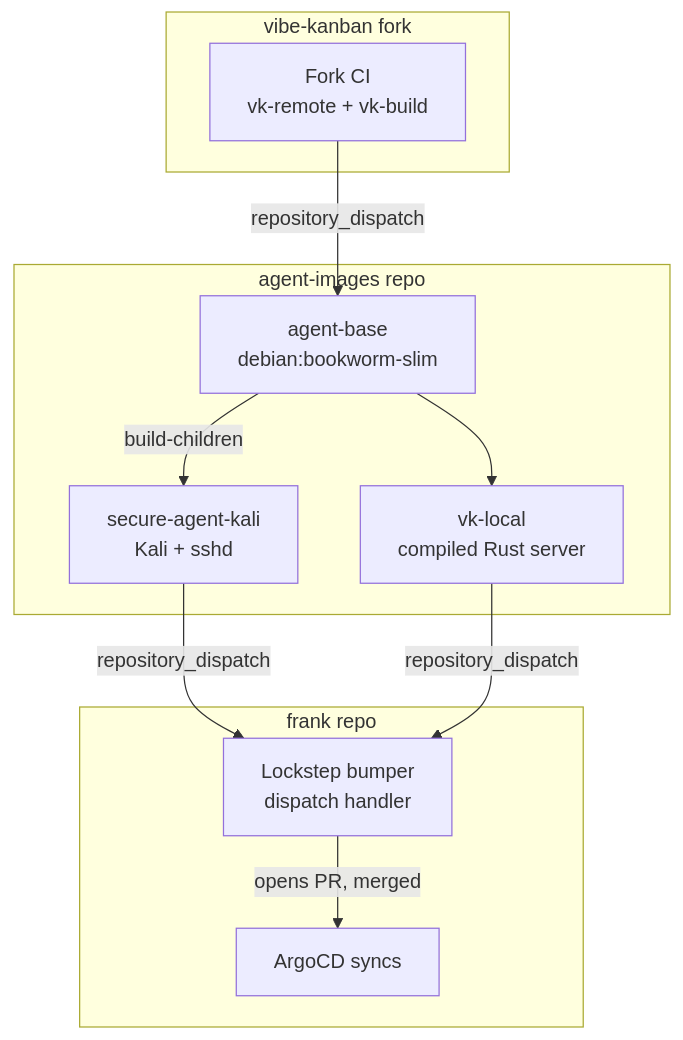
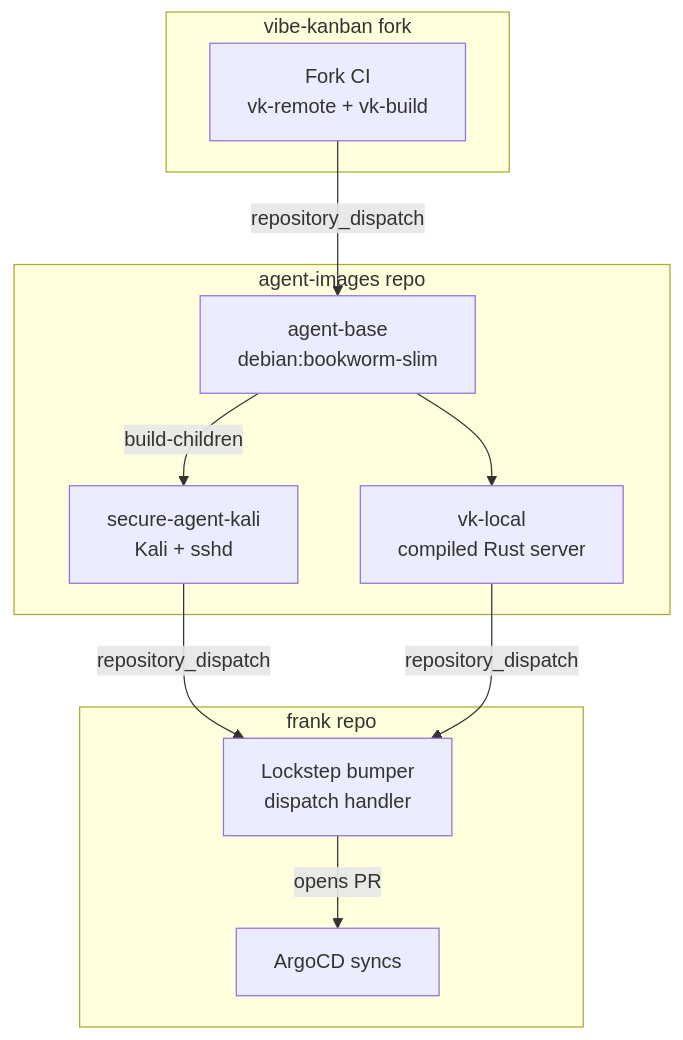
Before and after one commit to derio-net/frank: the diagram in blog/content/docs/building/28-agent-images-sidecar/index.md, drawn with Mermaid. The commit also changed other lines of this file and 22 other files, not shown here.

````diff
--- a/blog/content/docs/building/28-agent-images-sidecar/index.md
+++ b/blog/content/docs/building/28-agent-images-sidecar/index.md
@@ -21,21 +21,21 @@
 ```mermaid
 flowchart TD
   subgraph VK[vibe-kanban fork]
     CI1[Fork CI<br/>vk-remote + vk-build]
   end
   subgraph AI[agent-images repo]
     BASE[agent-base<br/>debian:bookworm-slim]
     KALI[secure-agent-kali<br/>Kali + sshd]
     VKL[vk-local<br/>compiled Rust server]
   end
   subgraph Frank[frank repo]
     BUMP[Lockstep bumper<br/>dispatch handler]
     DEPLOY[ArgoCD syncs]
   end
   CI1 -->|repository_dispatch| BASE
   BASE -->|build-children| KALI
   BASE --> VKL
   KALI -->|repository_dispatch| BUMP
   VKL -->|repository_dispatch| BUMP
-  BUMP -->|opens PR, merged| DEPLOY
+  BUMP -->|opens PR| DEPLOY
 ```
````
